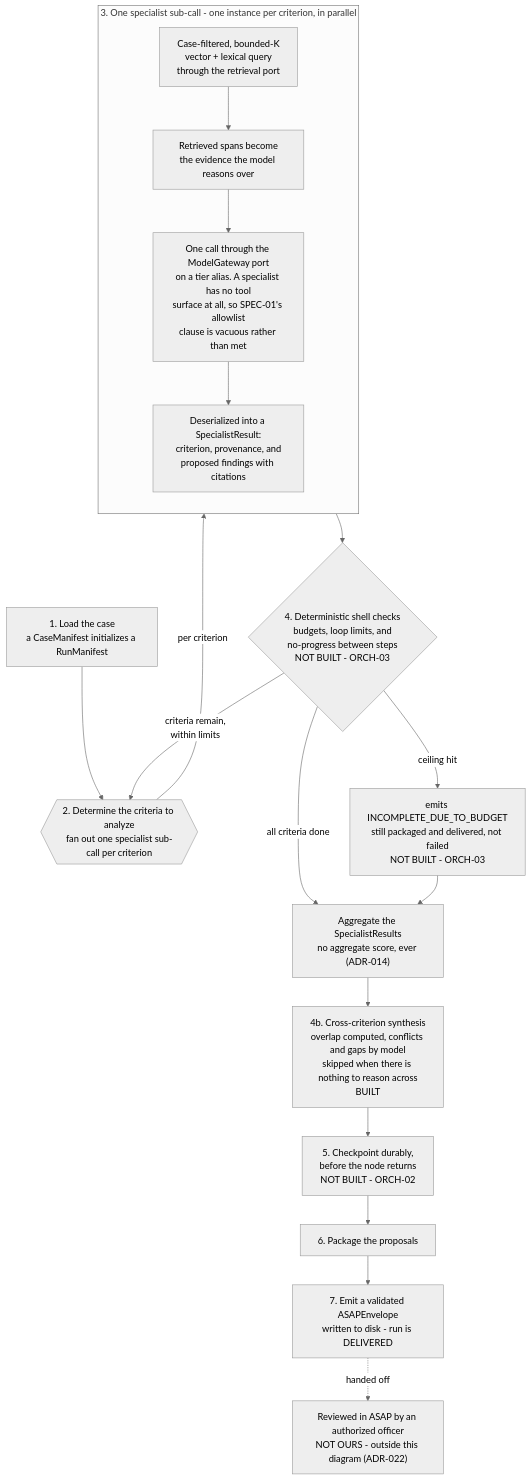
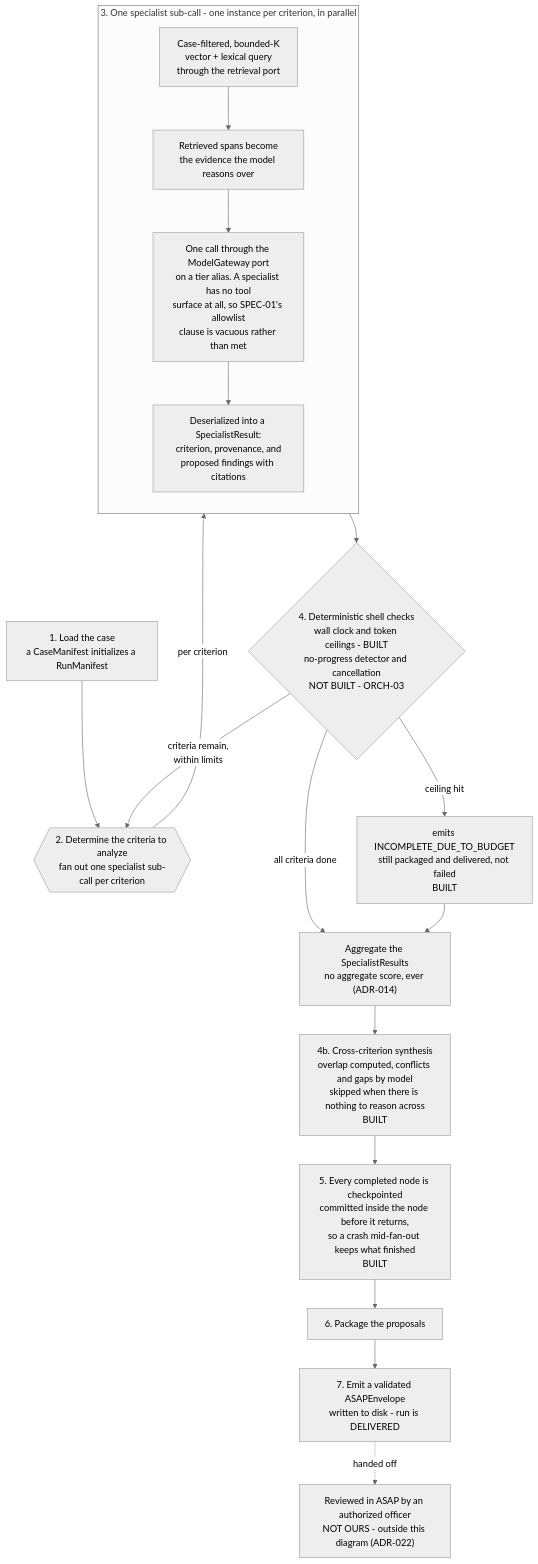
One commit to Amivero-LLC/asap-ireports-poc changed the second of 2 diagrams in docs/handoff/component-architecture.md. Above: the diagram before and after it, drawn with Mermaid (neutral theme). The commit also changed other lines of this file and 12 other files, not shown here.

````diff
--- a/docs/handoff/component-architecture.md
+++ b/docs/handoff/component-architecture.md
@@ -252,34 +252,34 @@
 ```mermaid
 flowchart TD
     STEP1["1. Load the case<br/>a CaseManifest initializes a RunManifest"]
     STEP2{{"2. Determine the criteria to analyze<br/>fan out one specialist sub-call per criterion"}}
 
     subgraph SPECIALIST["3. One specialist sub-call - one instance per criterion, in parallel"]
         direction TB
         STEP3A["Case-filtered, bounded-K<br/>vector + lexical query<br/>through the retrieval port"]
         STEP3B["Retrieved spans become<br/>the evidence the model reasons over"]
         STEP3C["One call through the ModelGateway port<br/>on a tier alias. A specialist has no tool<br/>surface at all, so SPEC-01's allowlist<br/>clause is vacuous rather than met"]
         STEP3D["Deserialized into a SpecialistResult:<br/>criterion, provenance, and<br/>proposed findings with citations"]
         STEP3A --> STEP3B --> STEP3C --> STEP3D
     end
 
-    SHELL{"4. Deterministic shell checks<br/>budgets, loop limits, and<br/>no-progress between steps<br/>NOT BUILT - ORCH-03"}
-    BUDGETSTOP["emits INCOMPLETE_DUE_TO_BUDGET<br/>still packaged and delivered, not failed<br/>NOT BUILT - ORCH-03"]
+    SHELL{"4. Deterministic shell checks<br/>wall clock and token ceilings - BUILT<br/>no-progress detector and cancellation<br/>NOT BUILT - ORCH-03"}
+    BUDGETSTOP["emits INCOMPLETE_DUE_TO_BUDGET<br/>still packaged and delivered, not failed<br/>BUILT"]
     AGG["Aggregate the SpecialistResults<br/>no aggregate score, ever (ADR-014)"]
     SYNTH["4b. Cross-criterion synthesis<br/>overlap computed, conflicts and gaps by model<br/>skipped when there is nothing to reason across<br/>BUILT"]
-    STEP5["5. Checkpoint durably,<br/>before the node returns<br/>NOT BUILT - ORCH-02"]
+    STEP5["5. Every completed node is checkpointed<br/>committed inside the node before it returns,<br/>so a crash mid-fan-out keeps what finished<br/>BUILT"]
     STEP6["6. Package the proposals"]
     STEP7B["7. Emit a validated ASAPEnvelope<br/>written to disk - run is DELIVERED"]
     ASAPREVIEW["Reviewed in ASAP by an authorized officer<br/>NOT OURS - outside this diagram (ADR-022)"]
 
     STEP1 --> STEP2
     STEP2 -- "per criterion" --> SPECIALIST
     SPECIALIST --> SHELL
     SHELL -- "criteria remain,<br/>within limits" --> STEP2
     SHELL -- "ceiling hit" --> BUDGETSTOP
     SHELL -- "all criteria done" --> AGG
     BUDGETSTOP --> AGG
     AGG --> SYNTH --> STEP5 --> STEP6
     STEP6 --> STEP7B
     STEP7B -. "handed off" .-> ASAPREVIEW
 ```
````
